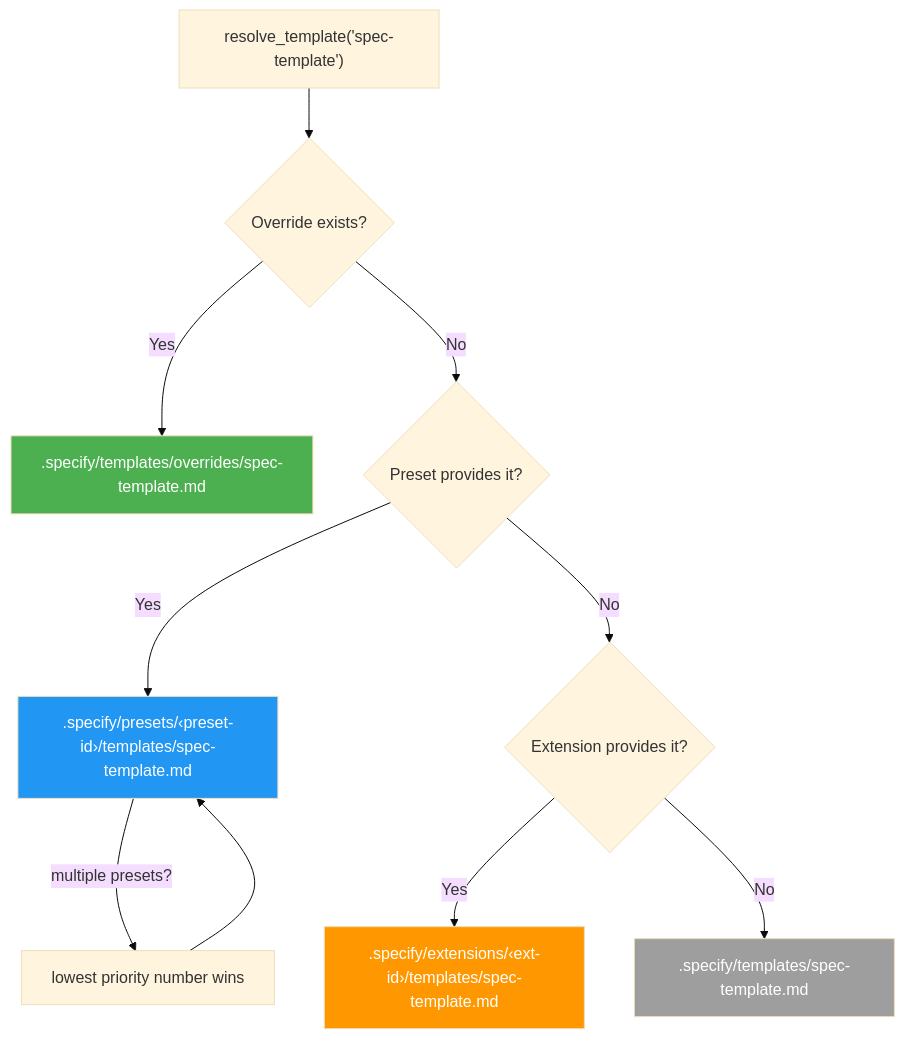
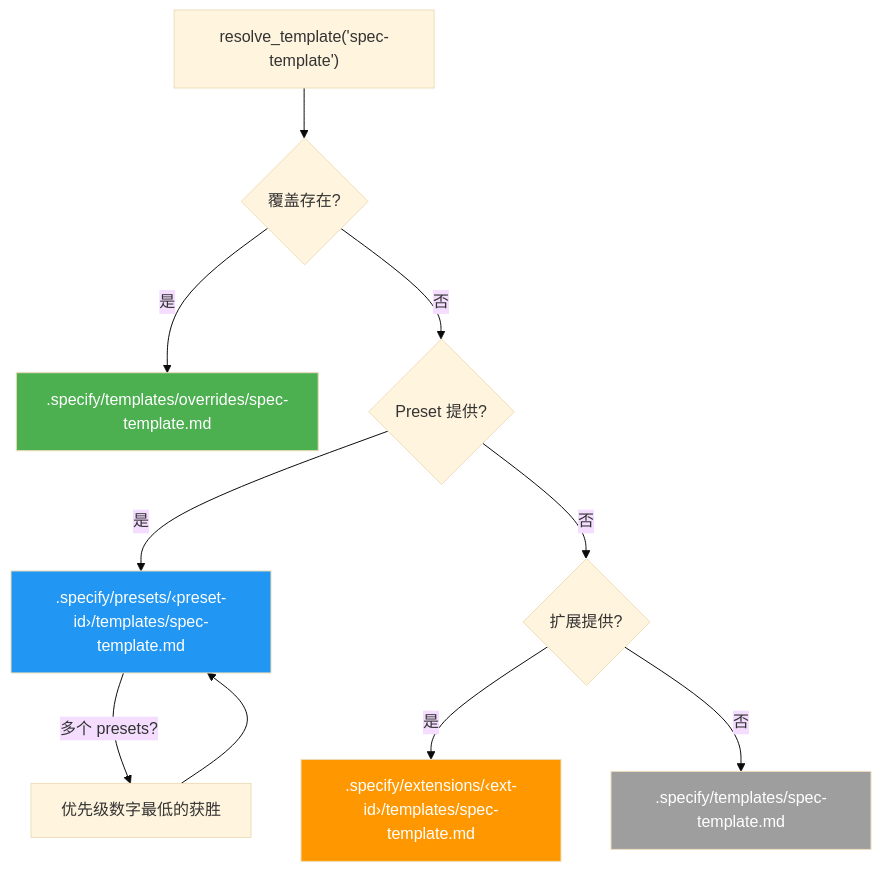
The first of 3 diagrams in presets/ARCHITECTURE.md (Linfee/spec-kit-cn), drawn with Mermaid (base theme) before and after one commit. The commit also changed other lines of this file and 28 other files, not shown here.

````diff
--- a/presets/ARCHITECTURE.md
+++ b/presets/ARCHITECTURE.md
@@ -11,18 +11,18 @@
 ```mermaid
 flowchart TD
-    A["resolve_template('spec-template')"] --> B{Override exists?}
-    B -- Yes --> C[".specify/templates/overrides/spec-template.md"]
-    B -- No --> D{Preset provides it?}
-    D -- Yes --> E[".specify/presets/‹preset-id›/templates/spec-template.md"]
-    D -- No --> F{Extension provides it?}
-    F -- Yes --> G[".specify/extensions/‹ext-id›/templates/spec-template.md"]
-    F -- No --> H[".specify/templates/spec-template.md"]
+    A["resolve_template('spec-template')"] --> B{覆盖存在?}
+    B -- 是 --> C[".specify/templates/overrides/spec-template.md"]
+    B -- 否 --> D{Preset 提供?}
+    D -- 是 --> E[".specify/presets/‹preset-id›/templates/spec-template.md"]
+    D -- 否 --> F{扩展提供?}
+    F -- 是 --> G[".specify/extensions/‹ext-id›/templates/spec-template.md"]
+    F -- 否 --> H[".specify/templates/spec-template.md"]
 
-    E -- "multiple presets?" --> I["lowest priority number wins"]
+    E -- "多个 presets?" --> I["优先级数字最低的获胜"]
     I --> E
 
     style C fill:#4caf50,color:#fff
     style E fill:#2196f3,color:#fff
     style G fill:#ff9800,color:#fff
     style H fill:#9e9e9e,color:#fff
 ```
````
